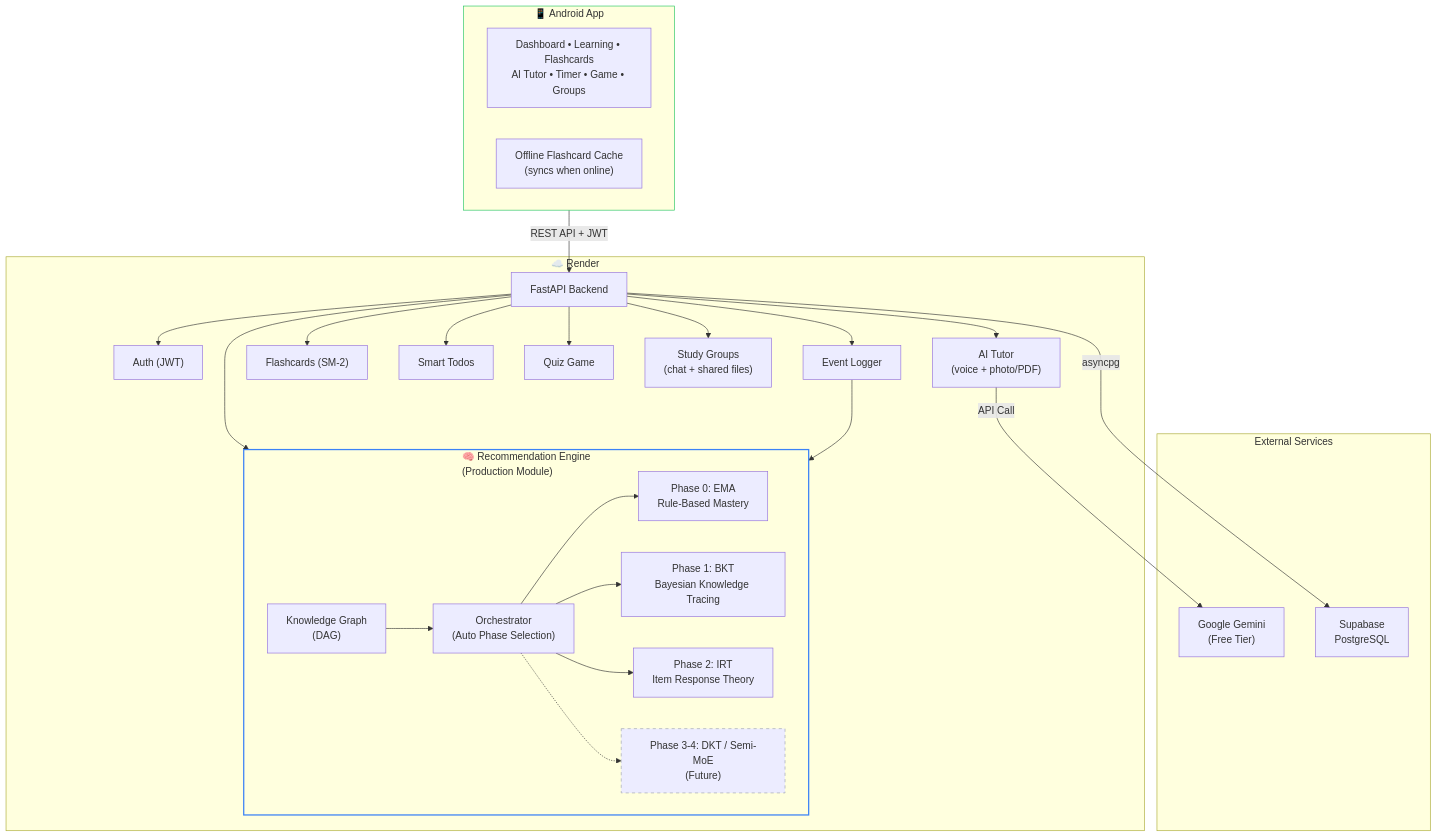
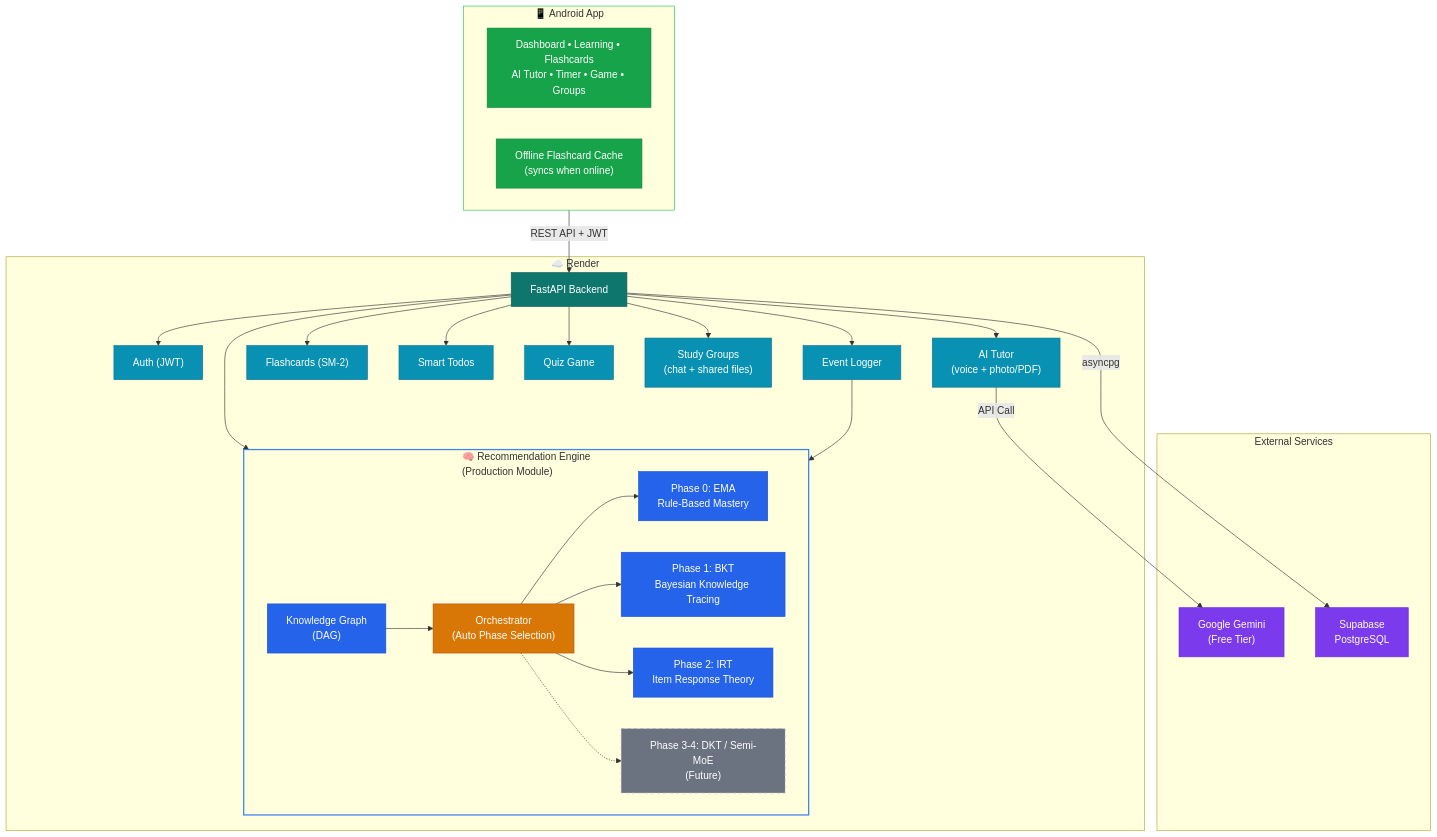
Before and after one commit to adarsh-67r/Anvesh: the first of 3 diagrams in README.md, drawn with Mermaid. The commit also changed other lines of this file and 1 other file, not shown here.

Commit message:
Add theme-safe colour to README architecture and pipeline diagrams

````diff
--- a/README.md
+++ b/README.md
@@ -68,53 +68,68 @@
 ```mermaid
 flowchart TB
     subgraph Client["📱 Android App"]
         FE["Dashboard • Learning • Flashcards<br/>AI Tutor • Timer • Game • Groups"]
         CACHE["Offline Flashcard Cache<br/>(syncs when online)"]
     end
 
     subgraph Render["☁️ Render"]
         API["FastAPI Backend"]
         subgraph RecEngine["🧠 Recommendation Engine<br/>(Production Module)"]
             KG["Knowledge Graph<br/>(DAG)"]
             ORC["Orchestrator<br/>(Auto Phase Selection)"]
             EMA["Phase 0: EMA<br/>Rule-Based Mastery"]
             BKT["Phase 1: BKT<br/>Bayesian Knowledge Tracing"]
             IRT["Phase 2: IRT<br/>Item Response Theory"]
             FUTURE["Phase 3-4: DKT / Semi-MoE<br/>(Future)"]
         end
         AUTH["Auth (JWT)"]
         CHAT["AI Tutor<br/>(voice + photo/PDF)"]
         FLASH["Flashcards (SM-2)"]
         TODOS["Smart Todos"]
         GAME["Quiz Game"]
         GROUPS["Study Groups<br/>(chat + shared files)"]
         EVENTS["Event Logger"]
     end
 
     subgraph External["External Services"]
         GEMINI["Google Gemini<br/>(Free Tier)"]
         SUPA["Supabase<br/>PostgreSQL"]
     end
 
     Client -->|REST API + JWT| API
     API --> RecEngine
     API --> AUTH
     API --> CHAT
     API --> FLASH
     API --> TODOS
     API --> GAME
     API --> GROUPS
     API --> EVENTS
     EVENTS --> RecEngine
     ORC --> EMA
     ORC --> BKT
     ORC --> IRT
     ORC -.-> FUTURE
     KG --> ORC
     CHAT -->|API Call| GEMINI
     API -->|asyncpg| SUPA
 
     style RecEngine stroke:#3b82f6,stroke-width:2px
     style FUTURE stroke:#9ca3af,stroke-dasharray: 5 5
     style Client stroke:#22c55e
+
+    classDef app fill:#16a34a,stroke:#15803d,color:#fff
+    classDef api fill:#0f766e,stroke:#115e59,color:#fff
+    classDef svc fill:#0891b2,stroke:#0e7490,color:#fff
+    classDef rec fill:#2563eb,stroke:#1d4ed8,color:#fff
+    classDef orch fill:#d97706,stroke:#b45309,color:#fff
+    classDef ext fill:#7c3aed,stroke:#6d28d9,color:#fff
+    classDef future fill:#6b7280,stroke:#9ca3af,stroke-dasharray: 5 5,color:#fff
+    class FE,CACHE app
+    class API api
+    class AUTH,CHAT,FLASH,TODOS,GAME,GROUPS,EVENTS svc
+    class KG,EMA,BKT,IRT rec
+    class ORC orch
+    class GEMINI,SUPA ext
+    class FUTURE future
 ```
````
